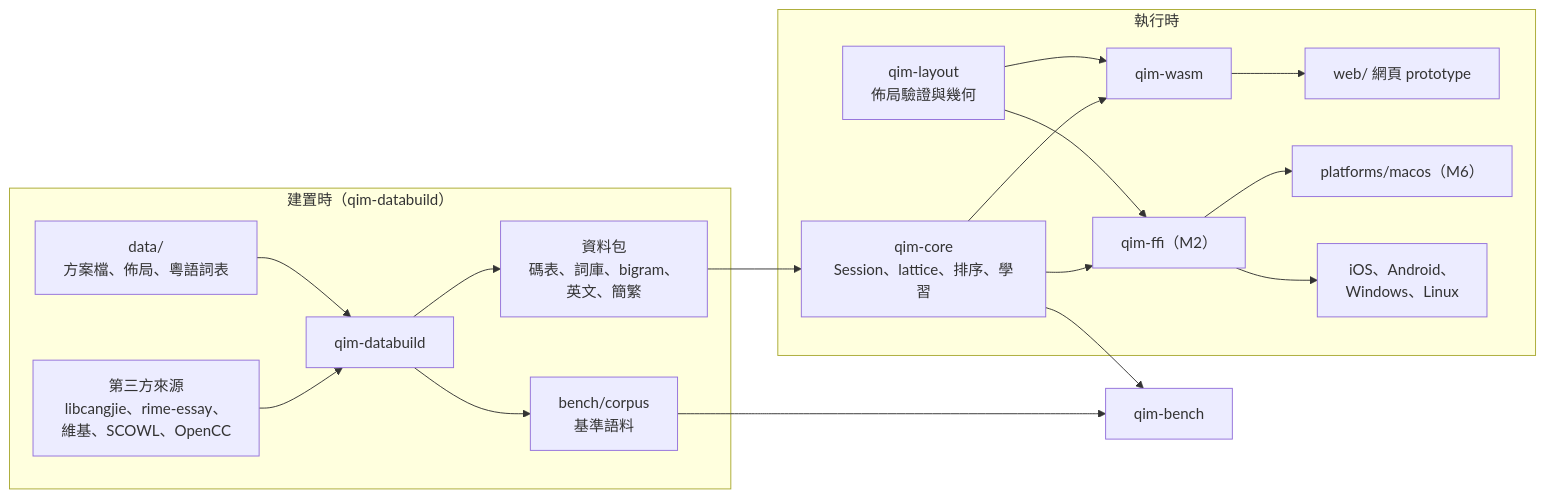
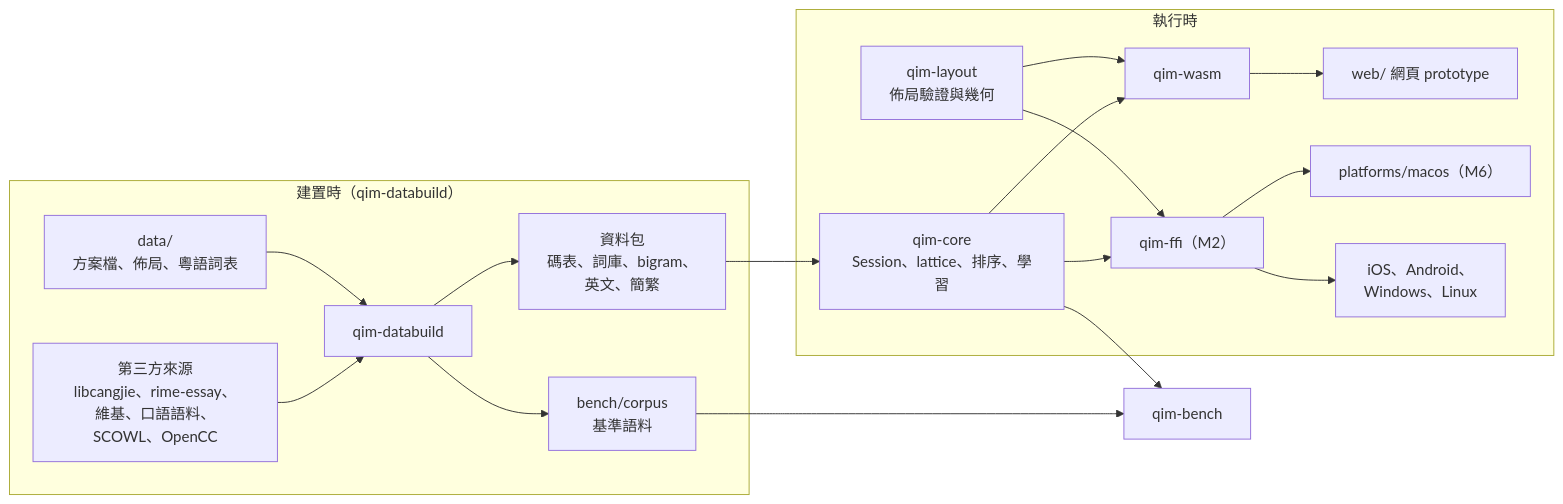
The first of 2 diagrams in docs/plan.md (1morr/QIM), drawn with Mermaid before and after one commit. The commit also changed other lines of this file and 7 other files, not shown here.

````diff
--- a/docs/plan.md
+++ b/docs/plan.md
@@ -29,30 +32,30 @@
 ```mermaid
 flowchart LR
   subgraph Build["建置時（qim-databuild）"]
-    Src["第三方來源<br/>libcangjie、rime-essay、<br/>維基、SCOWL、OpenCC"] --> DB["qim-databuild"]
+    Src["第三方來源<br/>libcangjie、rime-essay、<br/>維基、口語語料、SCOWL、OpenCC"] --> DB["qim-databuild"]
     Own["data/<br/>方案檔、佈局、粵語詞表"] --> DB
     DB --> Packs["資料包<br/>碼表、詞庫、bigram、<br/>英文、簡繁"]
     DB --> Corpus["bench/corpus<br/>基準語料"]
   end
 
   subgraph Runtime["執行時"]
     Core["qim-core<br/>Session、lattice、排序、學習"]
     Layout["qim-layout<br/>佈局驗證與幾何"]
     Wasm["qim-wasm"]
     Ffi["qim-ffi（M2）"]
     Web["web/ 網頁 prototype"]
     Mac["platforms/macos（M6）"]
     Others["iOS、Android、<br/>Windows、Linux"]
   end
 
   Packs --> Core
   Core --> Wasm
   Layout --> Wasm
   Core --> Ffi
   Layout --> Ffi
   Wasm --> Web
   Ffi --> Mac
   Ffi --> Others
   Corpus --> Bench["qim-bench"]
   Core --> Bench
 ```
````
